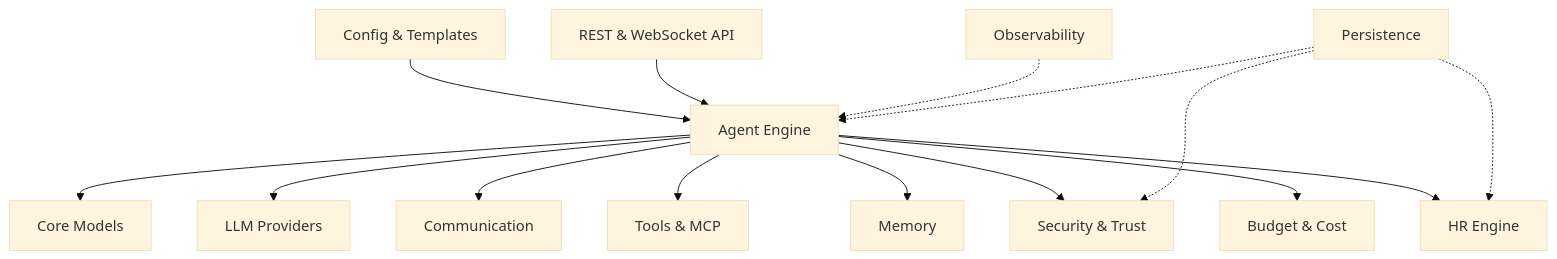
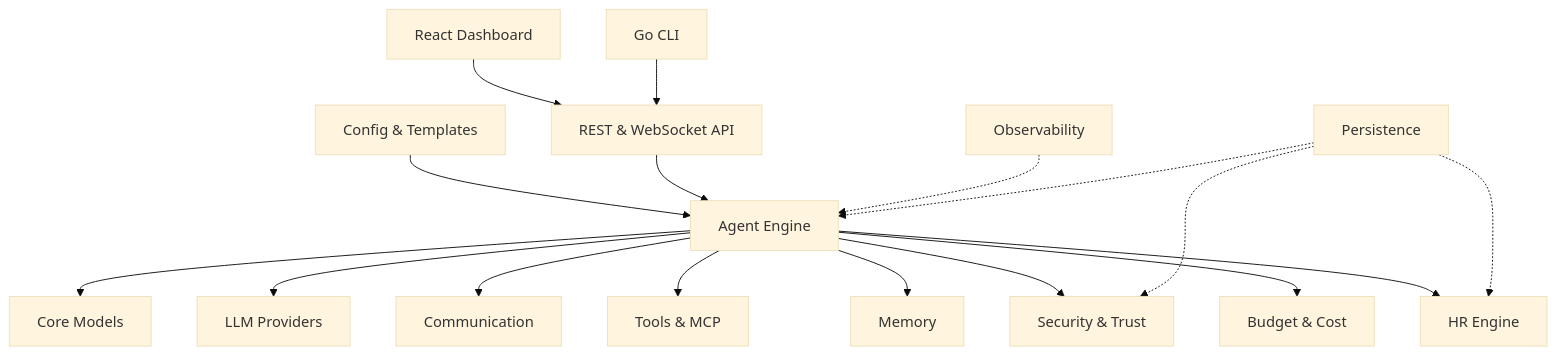
One commit to Aureliolo/ai-company changed the diagram in README.md. Above: the diagram before and after it, drawn with Mermaid (base theme). The commit also changed other lines of this file and 7 other files, not shown here.

````diff
--- a/README.md
+++ b/README.md
@@ -132,17 +94,19 @@
 ```mermaid
 graph TB
     Config[Config & Templates] --> Engine[Agent Engine]
     Engine --> Core[Core Models]
     Engine --> Providers[LLM Providers]
     Engine --> Communication[Communication]
     Engine --> Tools[Tools & MCP]
     Engine --> Memory[Memory]
     Engine --> Security[Security & Trust]
     Engine --> Budget[Budget & Cost]
     Engine --> HR[HR Engine]
     API[REST & WebSocket API] --> Engine
+    Dashboard[React Dashboard] --> API
+    CLI[Go CLI] --> API
     Observability[Observability] -.-> Engine
     Persistence[Persistence] -.-> HR
     Persistence -.-> Security
     Persistence -.-> Engine
 ```
````
